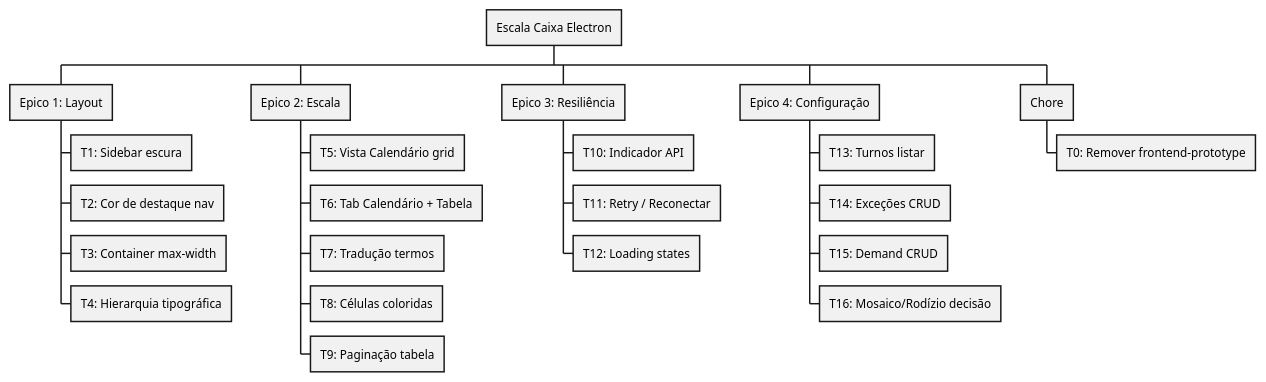
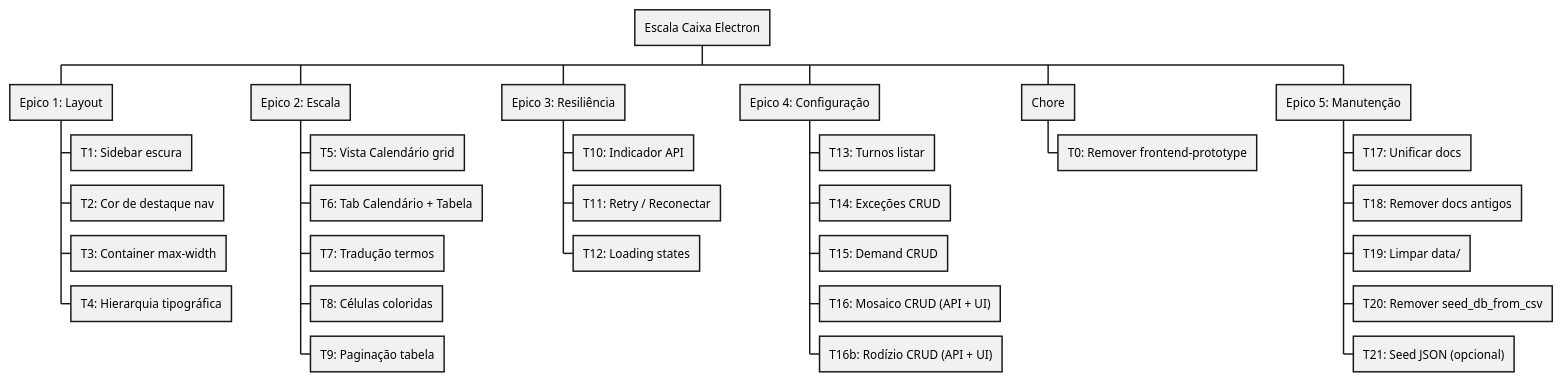
The second of 4 diagrams in docs/WARLOG_ESCALA_CAIXA_ELECTRON.md (nmarcofernandess/horario), drawn with PlantUML before and after one commit. The commit also changed other lines of this file and 230 other files, not shown here.

````diff
--- a/docs/WARLOG_ESCALA_CAIXA_ELECTRON.md
+++ b/docs/WARLOG_ESCALA_CAIXA_ELECTRON.md
@@ -103,27 +128,34 @@
 ```plantuml
 @startwbs
 * Escala Caixa Electron
 ** Epico 1: Layout
 *** T1: Sidebar escura
 *** T2: Cor de destaque nav
 *** T3: Container max-width
 *** T4: Hierarquia tipográfica
 ** Epico 2: Escala
 *** T5: Vista Calendário grid
 *** T6: Tab Calendário + Tabela
 *** T7: Tradução termos
 *** T8: Células coloridas
 *** T9: Paginação tabela
 ** Epico 3: Resiliência
 *** T10: Indicador API
 *** T11: Retry / Reconectar
 *** T12: Loading states
 ** Epico 4: Configuração
 *** T13: Turnos listar
 *** T14: Exceções CRUD
 *** T15: Demand CRUD
-*** T16: Mosaico/Rodízio decisão
+*** T16: Mosaico CRUD (API + UI)
+*** T16b: Rodízio CRUD (API + UI)
 ** Chore
 *** T0: Remover frontend-prototype
+** Epico 5: Manutenção
+*** T17: Unificar docs
+*** T18: Remover docs antigos
+*** T19: Limpar data/
+*** T20: Remover seed_db_from_csv
+*** T21: Seed JSON (opcional)
 @endwbs
 ```
````
